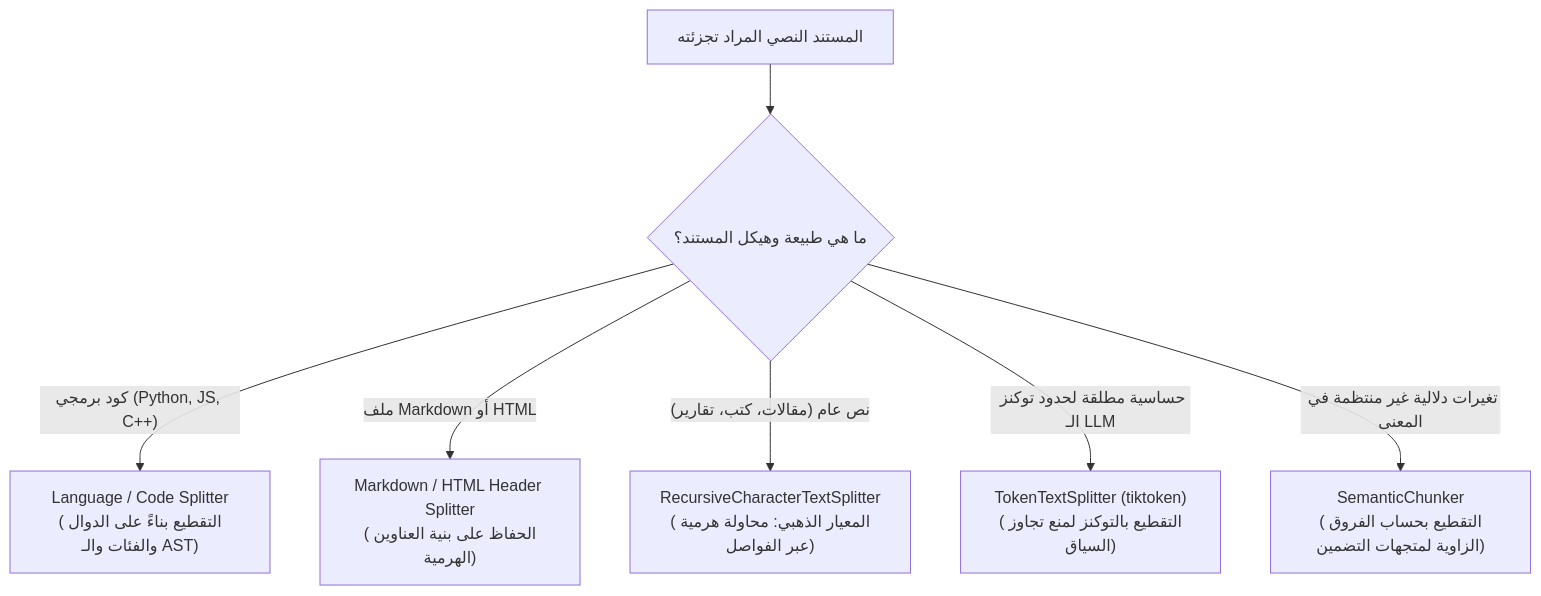
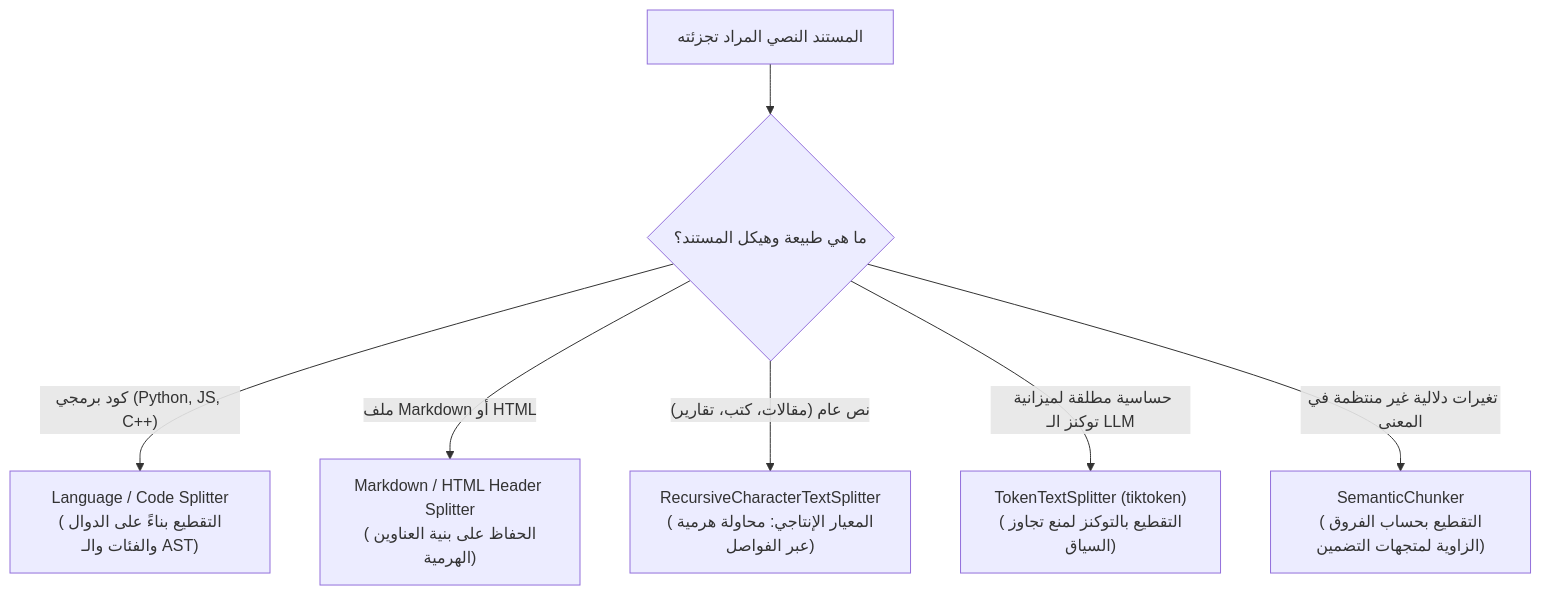
One commit to ali-abofouda/RAG-Mastery changed the diagram in docs/01-ingestion/04-text-splitting.md. Above: the diagram before and after it, drawn with Mermaid. The commit also changed other lines of this file and 10 other files, not shown here.

````diff
--- a/docs/01-ingestion/04-text-splitting.md
+++ b/docs/01-ingestion/04-text-splitting.md
@@ -11,10 +12,10 @@
 ```mermaid
 flowchart TD
     Doc["المستند النصي المراد تجزئته"] --> Type{"ما هي طبيعة وهيكل المستند؟"}
     
     Type -- "كود برمجي (Python, JS, C++)" --> CodeSplit["Language / Code Splitter<br/>(التقطيع بناءً على الدوال والفئات والـ AST)"]
     Type -- "ملف Markdown أو HTML" --> HeaderSplit["Markdown / HTML Header Splitter<br/>(الحفاظ على بنية العناوين الهرمية)"]
-    Type -- "نص عام (مقالات، كتب، تقارير)" --> RecSplit["RecursiveCharacterTextSplitter<br/>(المعيار الذهبي: محاولة هرمية عبر الفواصل)"]
-    Type -- "حساسية مطلقة لحدود توكنز الـ LLM" --> TokenSplit["TokenTextSplitter (tiktoken)<br/>(التقطيع بالتوكنز لمنع تجاوز السياق)"]
+    Type -- "نص عام (مقالات، كتب، تقارير)" --> RecSplit["RecursiveCharacterTextSplitter<br/>(المعيار الإنتاجي: محاولة هرمية عبر الفواصل)"]
+    Type -- "حساسية مطلقة لميزانية توكنز الـ LLM" --> TokenSplit["TokenTextSplitter (tiktoken)<br/>(التقطيع بالتوكنز لمنع تجاوز السياق)"]
     Type -- "تغيرات دلالية غير منتظمة في المعنى" --> SemanticSplit["SemanticChunker<br/>(التقطيع بحساب الفروق الزاوية لمتجهات التضمين)"]
 ```
````
